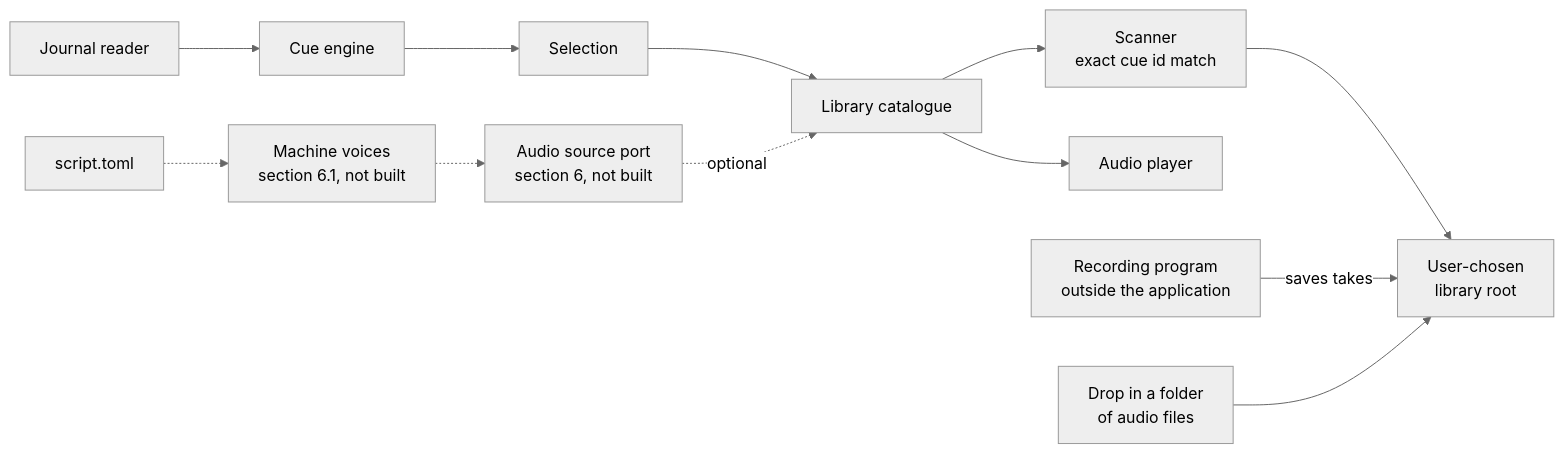
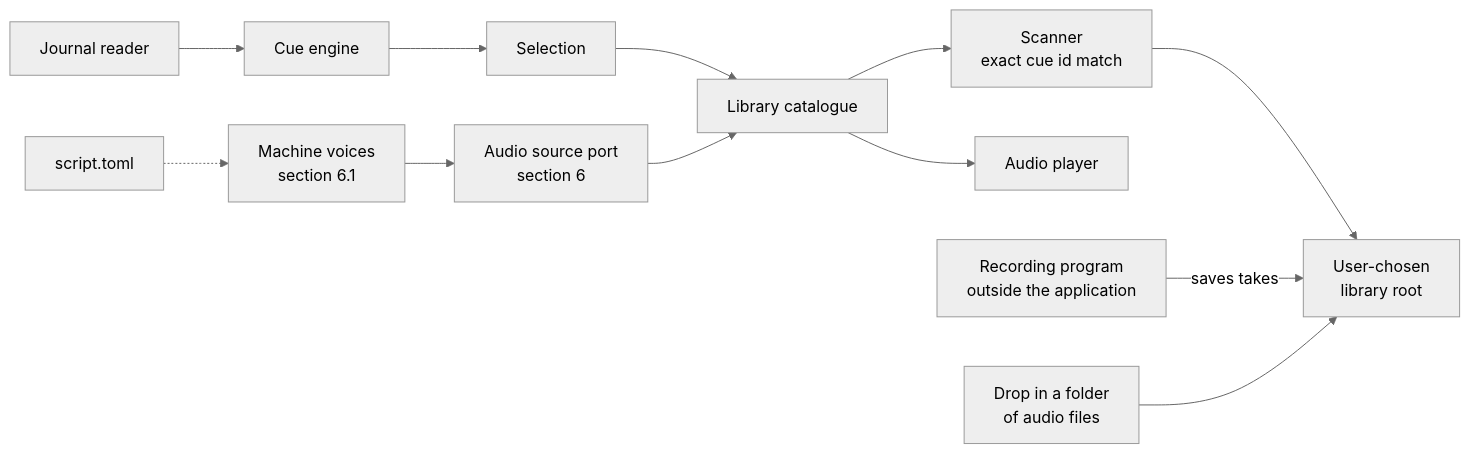
One commit to oernster/BridgeTalk changed the diagram in REQUIREMENTS.md. Above: the diagram before and after it, drawn with Mermaid (neutral theme). The commit also changed other lines of this file and 9 other files, not shown here.

````diff
--- a/REQUIREMENTS.md
+++ b/REQUIREMENTS.md
@@ -93,14 +93,14 @@
 ```mermaid
 graph LR
   J[Journal reader] --> CE[Cue engine]
   CE --> SEL[Selection]
   SEL --> CAT[Library catalogue]
   CAT --> SCAN["Scanner<br/>exact cue id match"]
   SCAN --> ROOT["User-chosen<br/>library root"]
   CAT --> PLAY[Audio player]
   REC["Recording program<br/>outside the application"] -->|saves takes| ROOT
   DROP["Drop in a folder<br/>of audio files"] --> ROOT
-  PORT["Audio source port<br/>section 6, not built"] -.optional.-> CAT
-  MV["Machine voices<br/>section 6.1, not built"] -.-> PORT
+  PORT["Audio source port<br/>section 6"] --> CAT
+  MV["Machine voices<br/>section 6.1"] --> PORT
   SCRIPT["script.toml"] -.-> MV
 ```
````
